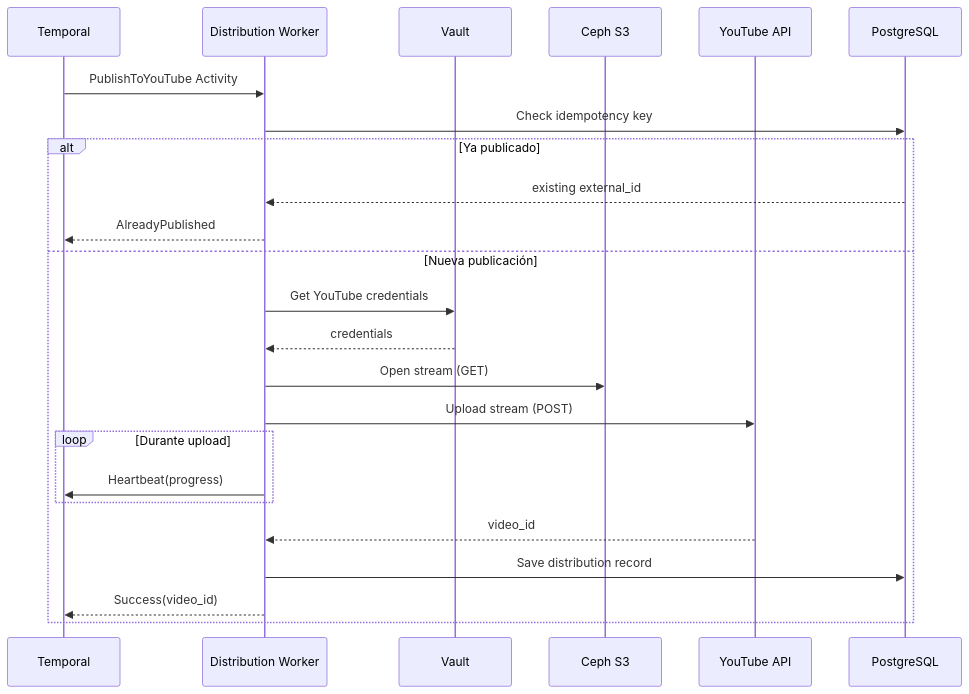
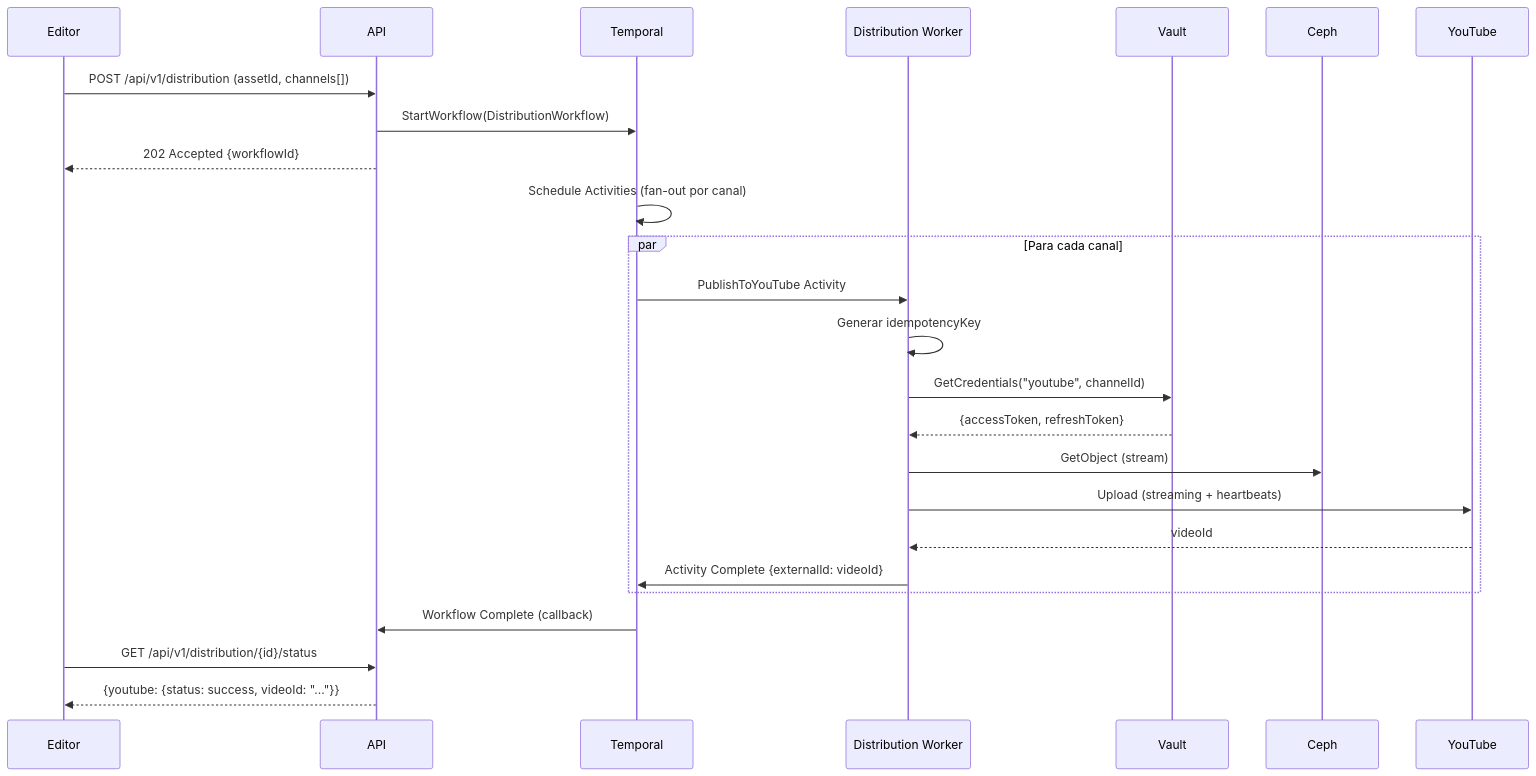
Before and after one commit to pi-na/tpe-inge2: the eighth of 9 diagrams in INFORME-FINAL.md, drawn with Mermaid. The commit also changed other lines of this file, not shown here.

````diff
--- a/INFORME-FINAL.md
+++ b/INFORME-FINAL.md
@@ -1269,27 +1617,32 @@
 ```mermaid
 sequenceDiagram
-    participant T as Temporal
-    participant DW as Distribution Worker
-    participant V as Vault
-    participant S3 as Ceph S3
-    participant YT as YouTube API
-    participant DB as PostgreSQL
-
-    T->>DW: PublishToYouTube Activity
-    DW->>DB: Check idempotency key
-    alt Ya publicado
-        DB-->>DW: existing external_id
-        DW-->>T: AlreadyPublished
-    else Nueva publicación
-        DW->>V: Get YouTube credentials
-        V-->>DW: credentials
-        DW->>S3: Open stream (GET)
-        DW->>YT: Upload stream (POST)
-        loop Durante upload
-            DW->>T: Heartbeat(progress)
-        end
-        YT-->>DW: video_id
-        DW->>DB: Save distribution record
-        DW-->>T: Success(video_id)
+    participant Editor
+    participant API
+    participant Temporal
+    participant Worker as Distribution Worker
+    participant Vault
+    participant Ceph
+    participant YouTube
+  
+    Editor->>API: POST /api/v1/distribution (assetId, channels[])
+    API->>Temporal: StartWorkflow(DistributionWorkflow)
+    API-->>Editor: 202 Accepted {workflowId}
+  
+    Temporal->>Temporal: Schedule Activities (fan-out por canal)
+  
+    par Para cada canal
+        Temporal->>Worker: PublishToYouTube Activity
+        Worker->>Worker: Generar idempotencyKey
+        Worker->>Vault: GetCredentials("youtube", channelId)
+        Vault-->>Worker: {accessToken, refreshToken}
+        Worker->>Ceph: GetObject (stream)
+        Worker->>YouTube: Upload (streaming + heartbeats)
+        YouTube-->>Worker: videoId
+        Worker->>Temporal: Activity Complete {externalId: videoId}
     end
+  
+    Temporal->>API: Workflow Complete (callback)
+  
+    Editor->>API: GET /api/v1/distribution/{id}/status
+    API-->>Editor: {youtube: {status: success, videoId: "..."}}
 ```
````
